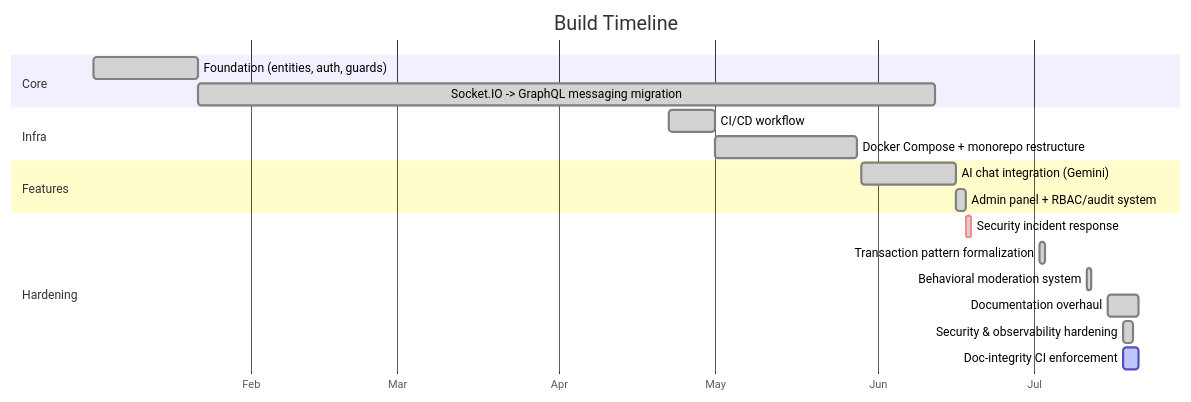
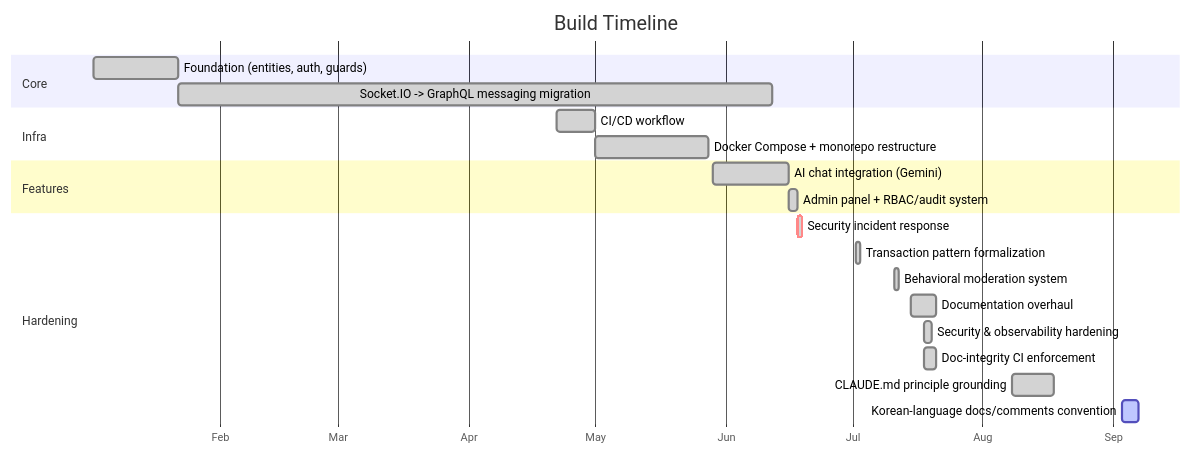
Before and after one commit to Bluecode77732/Chat-project: the diagram in ROADMAP.md, drawn with Mermaid. The commit also changed other lines of this file and 5 other files, not shown here.

First line of the commit message:
Docs: ROADMAP에 Phase 12/13 추가, CHANGELOG 재동기화

````diff
--- a/ROADMAP.md
+++ b/ROADMAP.md
@@ -10,22 +10,24 @@
 ```mermaid
 gantt
     title Build Timeline
     dateFormat YYYY-MM-DD
     axisFormat %b
     section Core
     Foundation (entities, auth, guards)         :done, 2026-01-02, 20d
     Socket.IO -> GraphQL messaging migration     :done, 2026-01-22, 141d
     section Infra
     CI/CD workflow                               :done, 2026-04-22, 9d
     Docker Compose + monorepo restructure        :done, 2026-05-01, 27d
     section Features
     AI chat integration (Gemini)                 :done, 2026-05-29, 18d
     Admin panel + RBAC/audit system               :done, 2026-06-16, 2d
     section Hardening
     Security incident response                   :crit, done, 2026-06-18, 1d
     Transaction pattern formalization             :done, 2026-07-02, 1d
     Behavioral moderation system                  :done, 2026-07-11, 1d
     Documentation overhaul                        :done, 2026-07-15, 6d
     Security & observability hardening            :done, 2026-07-18, 2d
-    Doc-integrity CI enforcement                  :active, 2026-07-18, 3d
+    Doc-integrity CI enforcement                  :done, 2026-07-18, 3d
+    CLAUDE.md principle grounding                 :done, 2026-08-08, 10d
+    Korean-language docs/comments convention      :active, 2026-09-03, 4d
 ```
````
